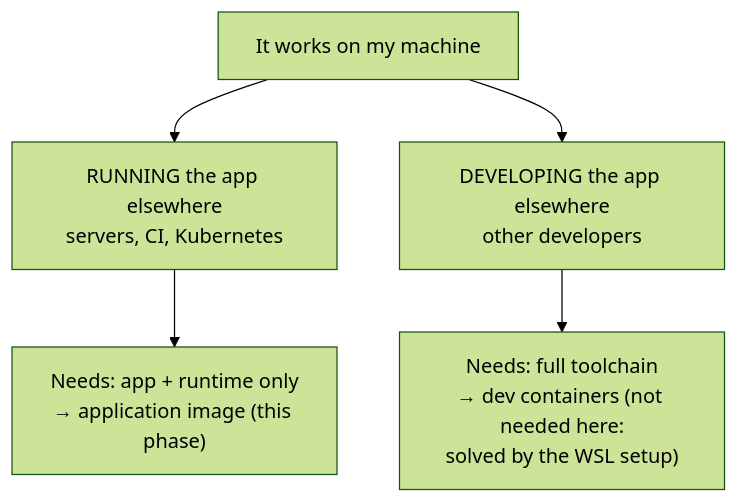
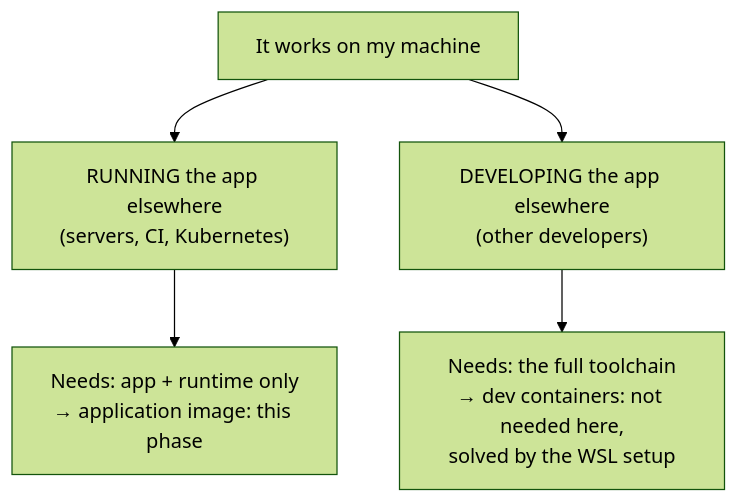
One commit to Bende-KBB/devops-lab changed the second of 2 diagrams in docs/phases/phase-3-container/README.md. Above: the diagram before and after it, drawn with Mermaid (forest theme). The commit also changed other lines of this file and 10 other files, not shown here.

````diff
--- a/docs/phases/phase-3-container/README.md
+++ b/docs/phases/phase-3-container/README.md
@@ -54,7 +32,7 @@
 ```mermaid
 flowchart TD
-    W["It works on my machine"] --> A["RUNNING the app elsewhere<br/>servers, CI, Kubernetes"]
-    W --> B["DEVELOPING the app elsewhere<br/>other developers"]
-    A --> A1["Needs: app + runtime only<br/>→ application image (this phase)"]
-    B --> B1["Needs: full toolchain<br/>→ dev containers (not needed here:<br/>solved by the WSL setup)"]
+    W["It works on my machine"] --> A["RUNNING the app elsewhere<br/>(servers, CI, Kubernetes)"]
+    W --> B["DEVELOPING the app elsewhere<br/>(other developers)"]
+    A --> A1["Needs: app + runtime only<br/>→ application image: this phase"]
+    B --> B1["Needs: the full toolchain<br/>→ dev containers: not needed here,<br/>solved by the WSL setup"]
 ```
````
